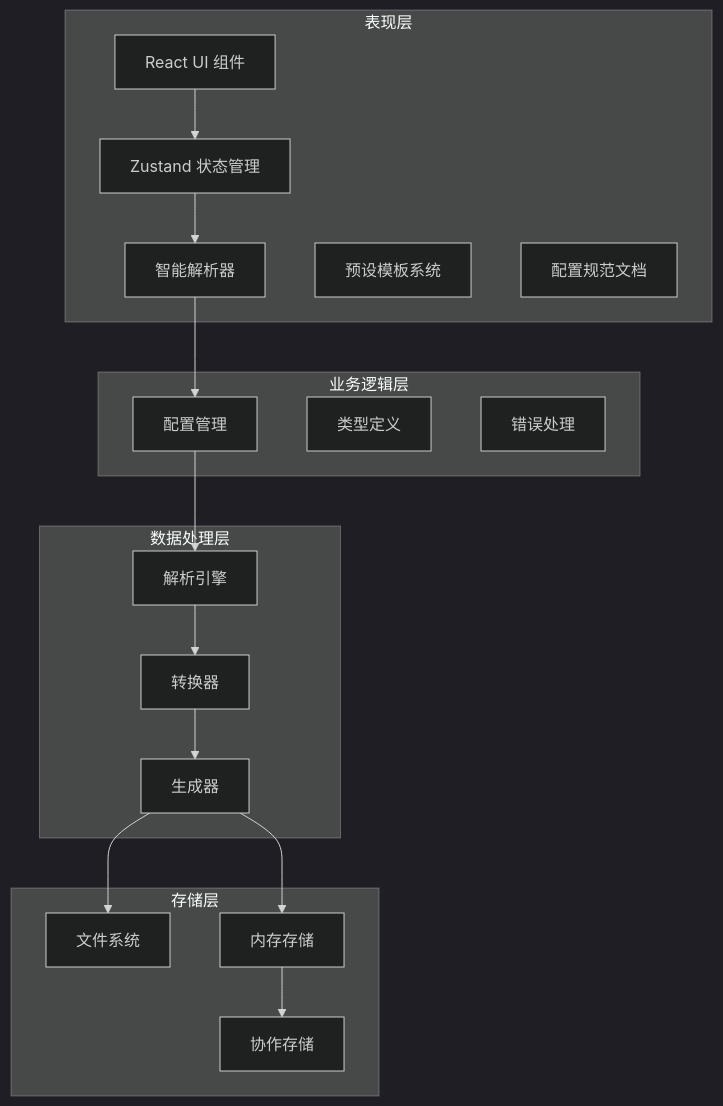
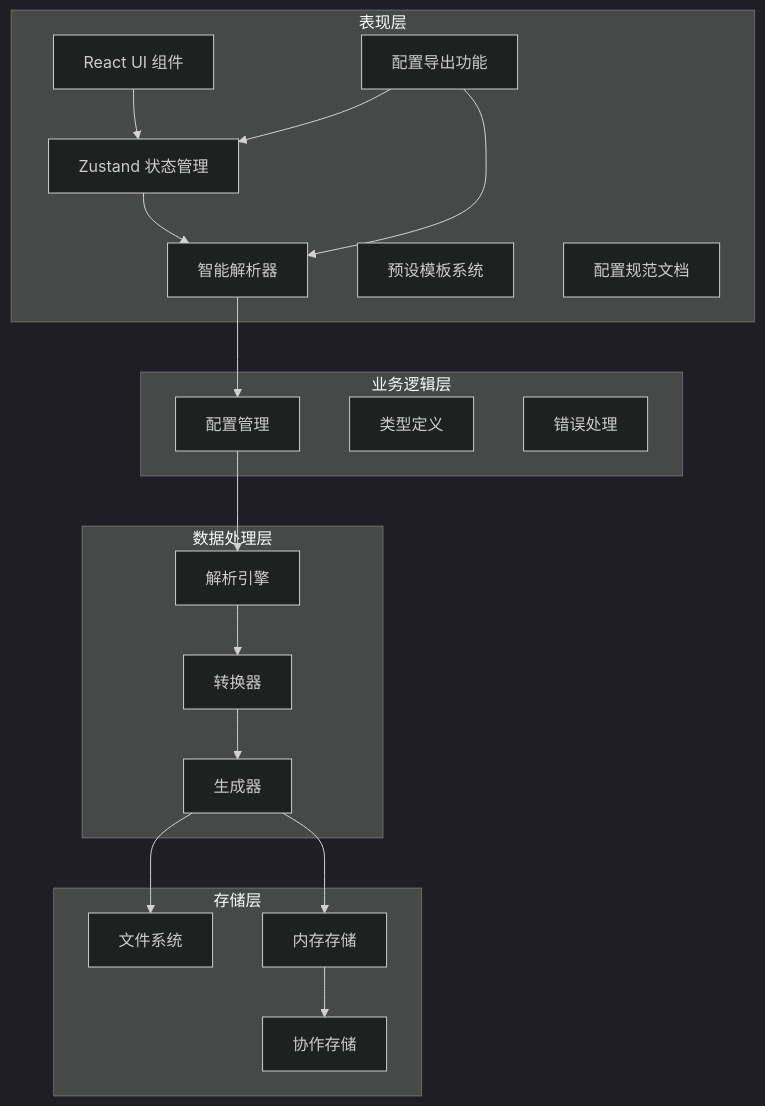
One commit to wanwushelie/markdown-to-word-studio changed the fourth of 10 diagrams in .lingma/repowiki/zh/content/用户指南/配置系统/智能配置导入系统.md. Above: the diagram before and after it, drawn with Mermaid (dark theme). The commit also changed other lines of this file and 48 other files, not shown here.

````diff
--- a/.lingma/repowiki/zh/content/用户指南/配置系统/智能配置导入系统.md
+++ b/.lingma/repowiki/zh/content/用户指南/配置系统/智能配置导入系统.md
@@ -206,34 +239,37 @@
 ```mermaid
 graph TB
 subgraph "表现层"
 UI[React UI 组件]
 Store[Zustand 状态管理]
 Parser[智能解析器]
 Template[预设模板系统]
 Spec[配置规范文档]
+Export[配置导出功能]
 end
 subgraph "业务逻辑层"
 Config[配置管理]
 Types[类型定义]
 Errors[错误处理]
 end
 subgraph "数据处理层"
 ParserEngine[解析引擎]
 Transformer[转换器]
 Generator[生成器]
 end
 subgraph "存储层"
 FS[文件系统]
 Memory[内存存储]
 WOPI[协作存储]
 end
 UI --> Store
 Store --> Parser
 Parser --> Config
 Config --> ParserEngine
 ParserEngine --> Transformer
 Transformer --> Generator
 Generator --> FS
 Generator --> Memory
 Memory --> WOPI
+Export --> Store
+Export --> Parser
 ```
````
